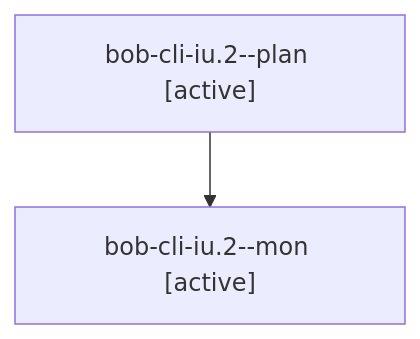
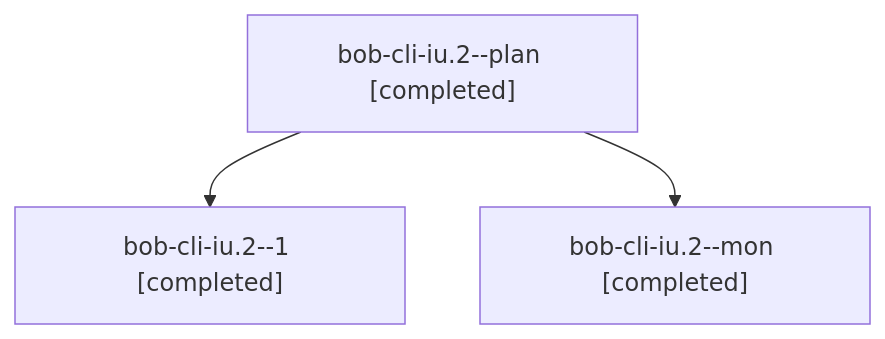
The diagram in sessions/bbugyi200.apollo.bob-cli-iu.2.md (bobs-org/bob-cli--agents), drawn with Mermaid before and after one commit. The commit also changed other lines of this file and 26 other files, not shown here.

````diff
--- a/sessions/bbugyi200.apollo.bob-cli-iu.2.md
+++ b/sessions/bbugyi200.apollo.bob-cli-iu.2.md
@@ -9,6 +9,8 @@
 ```mermaid
 flowchart TD
-  n0["bob-cli-iu.2--plan [active]"]
-  n1["bob-cli-iu.2--mon [active]"]
+  n0["bob-cli-iu.2--plan [completed]"]
+  n1["bob-cli-iu.2--1 [completed]"]
   n0 --> n1
+  n2["bob-cli-iu.2--mon [completed]"]
+  n0 --> n2
 ```
````
